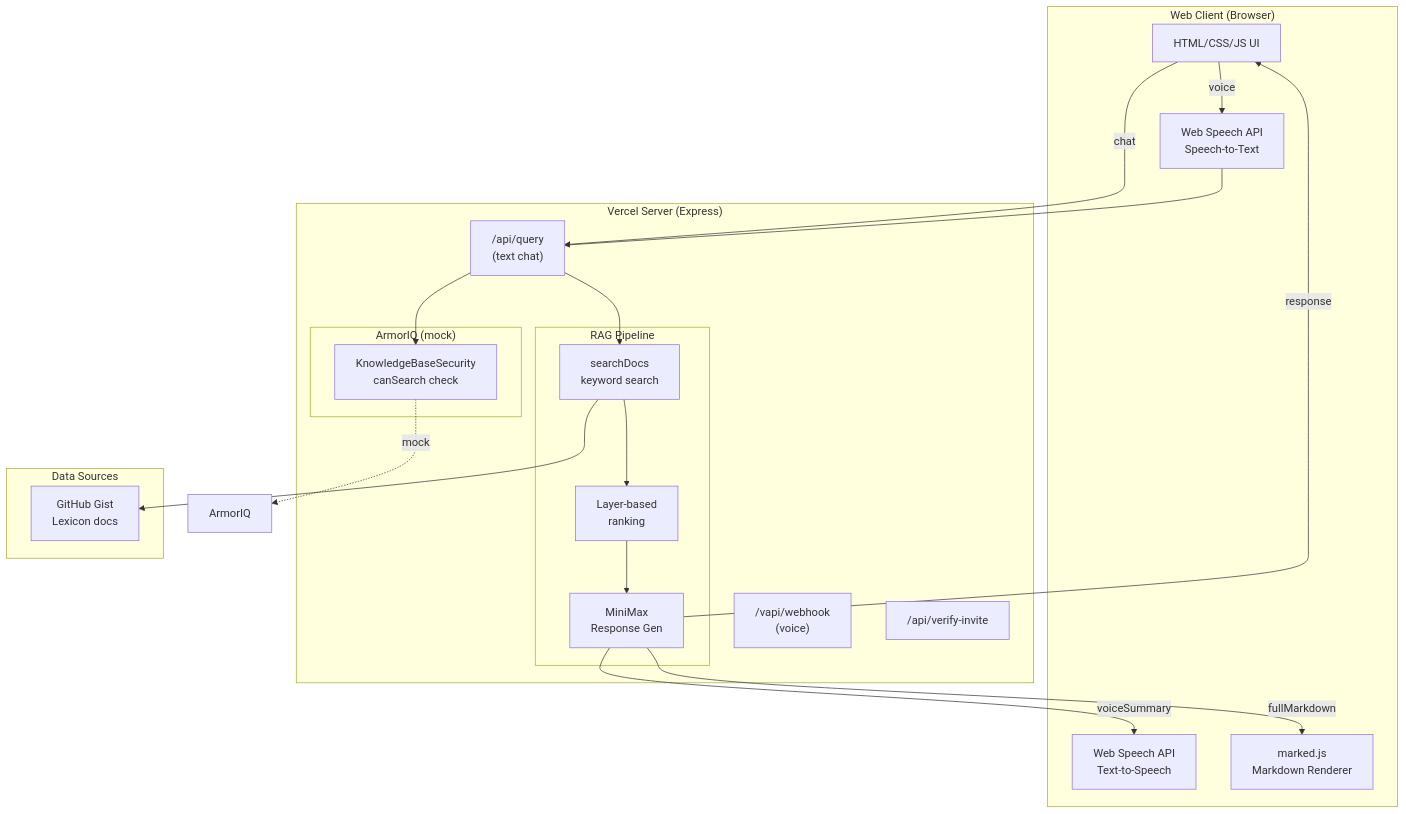
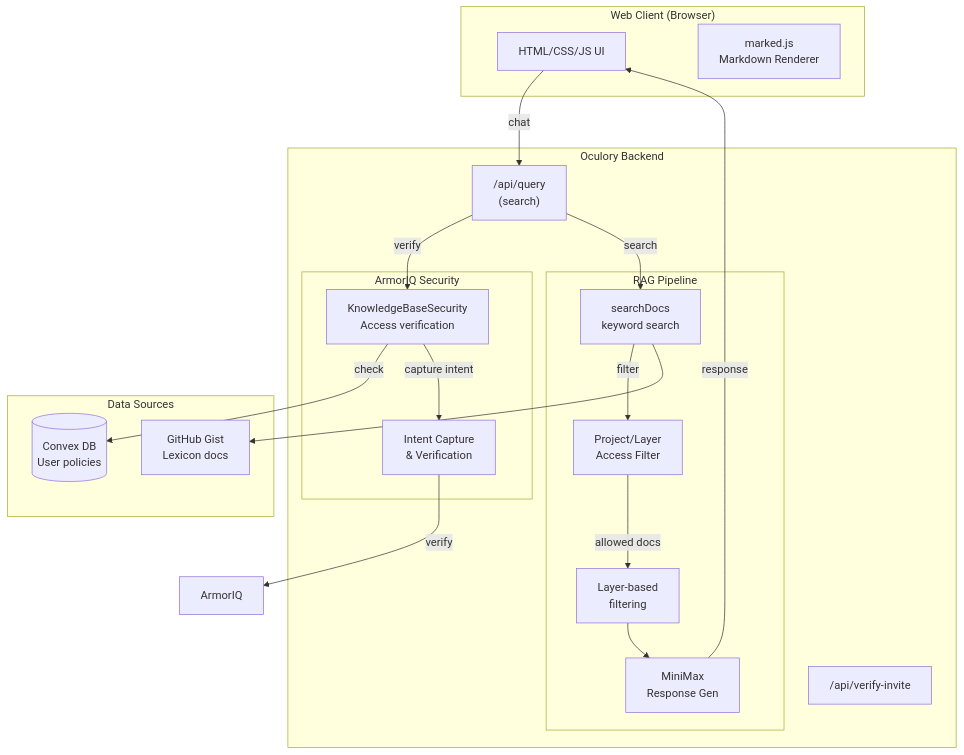
One commit to not-so-fat/oculory changed the diagram in docs/ARCHITECTURE.md. Above: the diagram before and after it, drawn with Mermaid. The commit also changed other lines of this file and 7 other files, not shown here.

First line of the commit message:
feat: implement friend access control with ArmorIQ

````diff
--- a/docs/ARCHITECTURE.md
+++ b/docs/ARCHITECTURE.md
@@ -11,41 +11,41 @@
 ```mermaid
 flowchart TB
     subgraph Client["Web Client (Browser)"]
         UI[HTML/CSS/JS UI]
-        STT[Web Speech API<br/>Speech-to-Text]
-        TTS[Web Speech API<br/>Text-to-Speech]
         Markdown[marked.js<br/>Markdown Renderer]
     end
     
-    subgraph Server["Vercel Server (Express)"]
-        API["/api/query<br/>(text chat)"]
-        VAPI["/vapi/webhook<br/>(voice)"]
+    subgraph Server["Oculory Backend"]
+        API["/api/query<br/>(search)"]
         Auth["/api/verify-invite"]
         
         subgraph RAG["RAG Pipeline"]
             Search[searchDocs<br/>keyword search]
-            Layer[Layer-based<br/>ranking]
+            Layer[Layer-based<br/>filtering]
+            Filter[Project/Layer<br/>Access Filter]
             Gen[MiniMax<br/>Response Gen]
         end
         
-        subgraph Security["ArmorIQ (mock)"]
-            KBsec[KnowledgeBaseSecurity<br/>canSearch check]
+        subgraph Security["ArmorIQ Security"]
+            KBsec[KnowledgeBaseSecurity<br/>Access verification]
+            Intent[Intent Capture<br/>& Verification]
         end
     end
     
     subgraph Data["Data Sources"]
         Gist[GitHub Gist<br/>Lexicon docs]
+        Convex[(Convex DB<br/>User policies)]
     end
     
     UI -->|chat| API
-    UI -->|voice| STT --> API
-    API --> Search
-    Search --> Layer
+    API -->|verify| KBsec
+    KBsec -->|check| Convex
+    KBsec -->|capture intent| Intent
+    Intent -->|verify| ArmorIQ
+    API -->|search| Search
+    Search -->|filter| Filter
+    Filter -->|allowed docs| Layer
     Layer --> Gen
     Gen -->|response| UI
-    Gen -->|voiceSummary| TTS
-    Gen -->|fullMarkdown| Markdown
-    API --> KBsec
-    KBsec -.->|mock| ArmorIQ
     Search --> Gist
 ```
````
